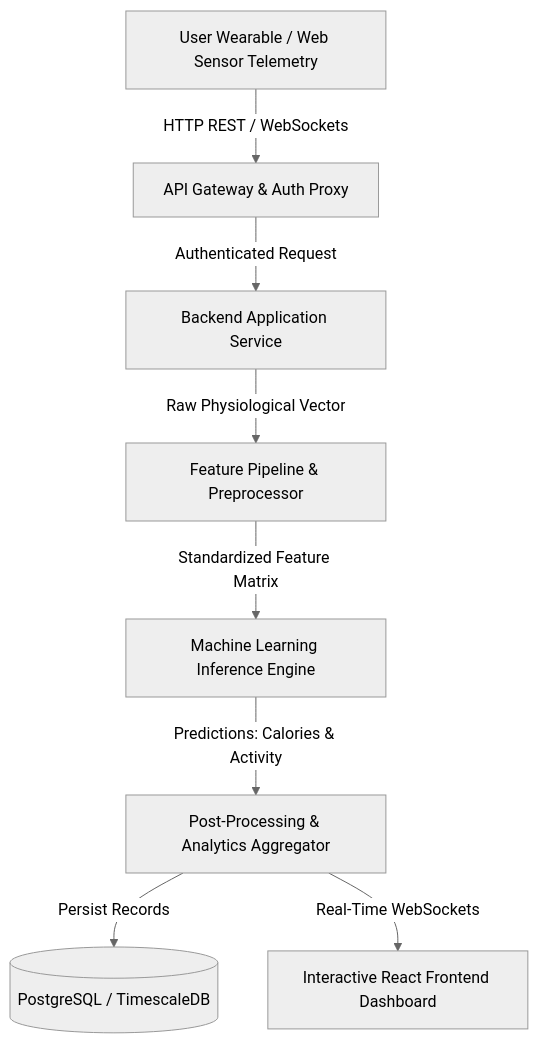
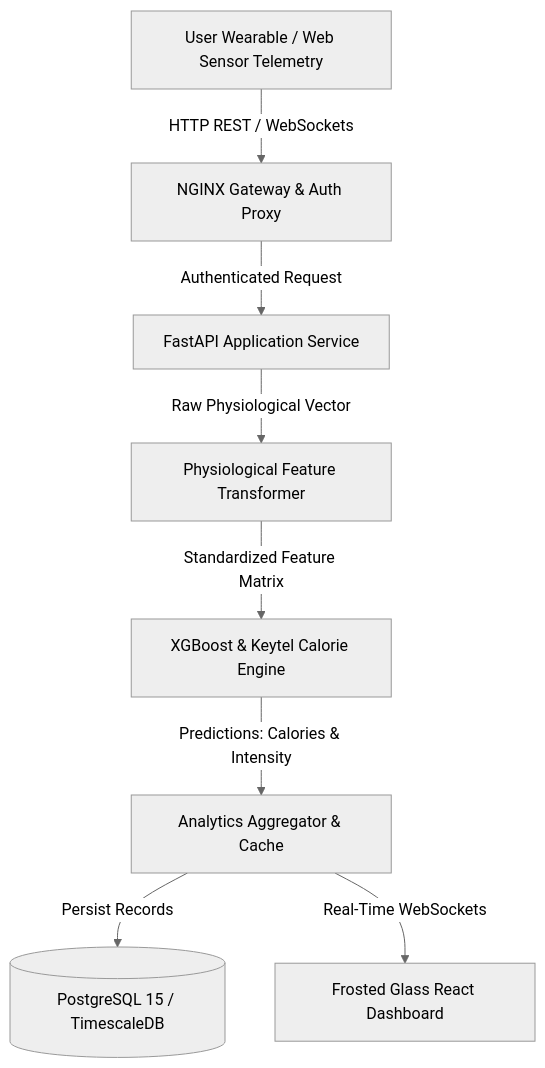
One commit to Hellthefox808/FITNESS-TRACKER-V1.0 changed the diagram in README.md. Above: the diagram before and after it, drawn with Mermaid (neutral theme). The commit also changed other lines of this file, not shown here.

````diff
--- a/README.md
+++ b/README.md
@@ -61,10 +45,10 @@
 ```mermaid
 flowchart TD
-    A[User Wearable / Web Sensor Telemetry] -->|HTTP REST / WebSockets| B[API Gateway & Auth Proxy]
-    B -->|Authenticated Request| C[Backend Application Service]
-    C -->|Raw Physiological Vector| D[Feature Pipeline & Preprocessor]
-    D -->|Standardized Feature Matrix| E[Machine Learning Inference Engine]
-    E -->|Predictions: Calories & Activity| F[Post-Processing & Analytics Aggregator]
-    F -->|Persist Records| G[(PostgreSQL / TimescaleDB)]
-    F -->|Real-Time WebSockets| H[Interactive React Frontend Dashboard]
+    A[User Wearable / Web Sensor Telemetry] -->|HTTP REST / WebSockets| B[NGINX Gateway & Auth Proxy]
+    B -->|Authenticated Request| C[FastAPI Application Service]
+    C -->|Raw Physiological Vector| D[Physiological Feature Transformer]
+    D -->|Standardized Feature Matrix| E[XGBoost & Keytel Calorie Engine]
+    E -->|Predictions: Calories & Intensity| F[Analytics Aggregator & Cache]
+    F -->|Persist Records| G[(PostgreSQL 15 / TimescaleDB)]
+    F -->|Real-Time WebSockets| H[Frosted Glass React Dashboard]
 ```
````
